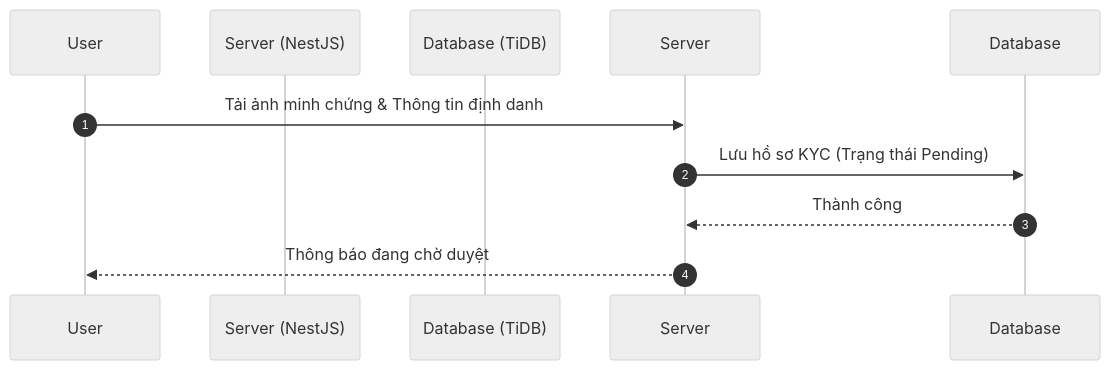
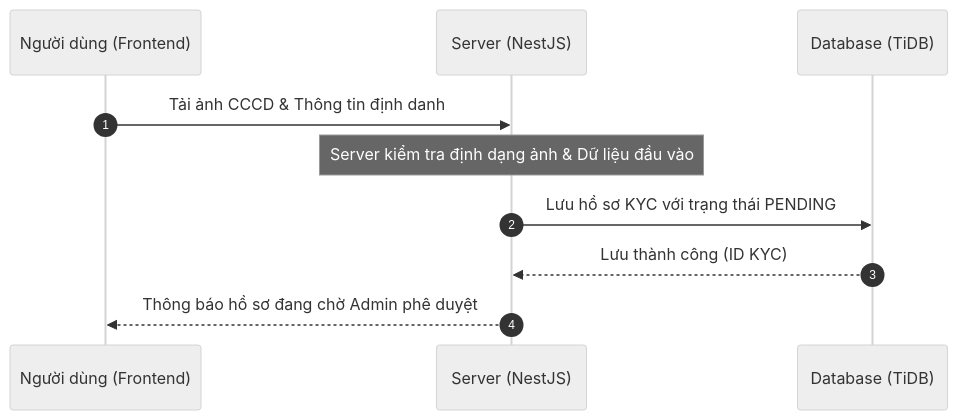
One commit to Loisori/SCI-ITF-Canhan42_TrinhSuTruongThi changed the seventh of 25 diagrams in doc.md. Above: the diagram before and after it, drawn with Mermaid (neutral theme). The commit also changed other lines of this file and 1 other file, not shown here.

````diff
--- a/doc.md
+++ b/doc.md
@@ -1175,12 +1231,13 @@
 ```mermaid
 sequenceDiagram
     autonumber
-    participant U as User
+    participant U as Người dùng (Frontend)
     participant S as Server (NestJS)
     participant D as Database (TiDB)
 
-    U->>Server: Tải ảnh minh chứng & Thông tin định danh
-    Server->>Database: Lưu hồ sơ KYC (Trạng thái Pending)
-    Database-->>Server: Thành công
-    Server-->>U: Thông báo đang chờ duyệt
+    U->>S: Tải ảnh CCCD & Thông tin định danh
+    Note over S: Server kiểm tra định dạng ảnh & Dữ liệu đầu vào
+    S->>D: Lưu hồ sơ KYC với trạng thái PENDING
+    D-->>S: Lưu thành công (ID KYC)
+    S-->>U: Thông báo hồ sơ đang chờ Admin phê duyệt
 ```
````
